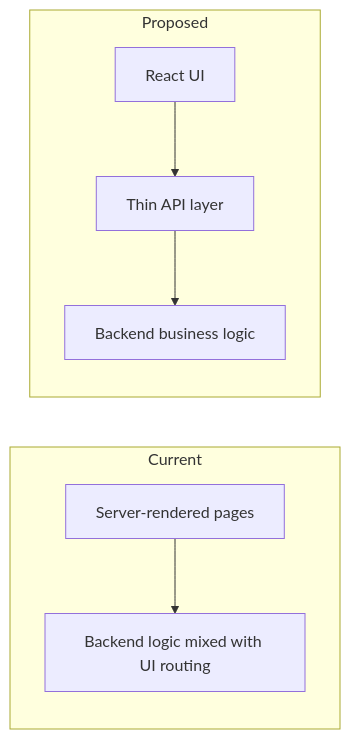
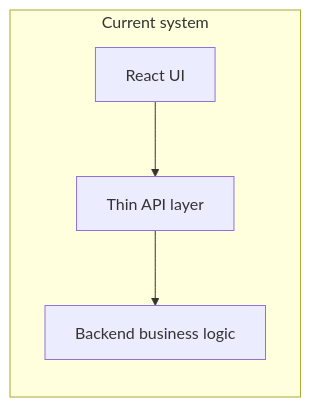
Before and after one commit to ssciwr/biocypher-components-registry: the third of 5 diagrams in sdlc_docs/b_design/frontend/frontend_architecture.md, drawn with Mermaid. The commit also changed other lines of this file and 19 other files, not shown here.

````diff
--- a/sdlc_docs/b_design/frontend/frontend_architecture.md
+++ b/sdlc_docs/b_design/frontend/frontend_architecture.md
@@ -100,16 +114,11 @@
 ```mermaid
 flowchart LR
-    subgraph Current
-        UI1[Server-rendered pages]
-        UI1 --> BL1[Backend logic mixed with UI routing]
-    end
-
-    subgraph Proposed
+    subgraph Current system
         UI2[React UI]
         API2[Thin API layer]
         BL2[Backend business logic]
     end
 
     UI2 --> API2
     API2 --> BL2
 ```
````
